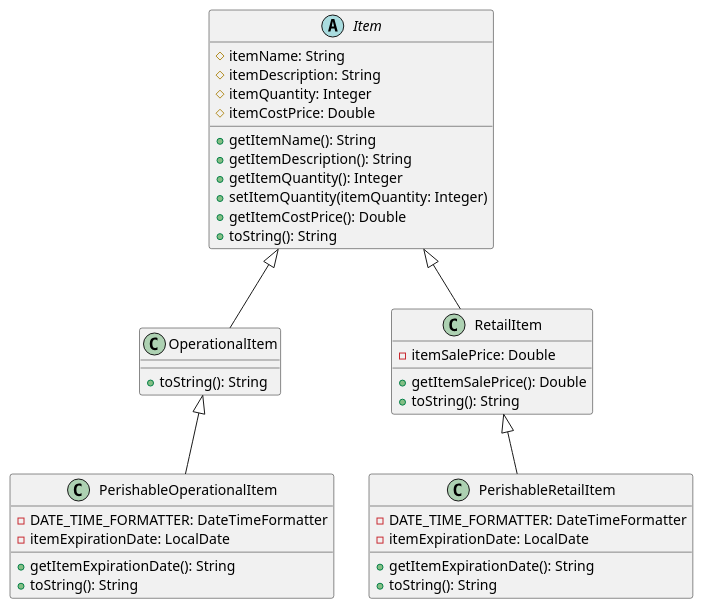
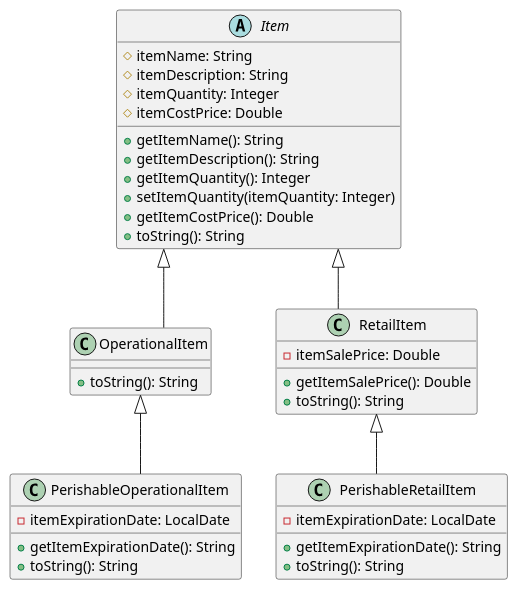
One commit to AY2324S2-CS2113T-T09-2/tp changed the diagram in docs/diagrams/ItemClassDiagram.puml. Above: the diagram before and after it, drawn with PlantUML. The commit also changed 1 other file, not shown here.

Commit message:
Add Item class diagram

```diff
--- a/docs/diagrams/ItemClassDiagram.puml
+++ b/docs/diagrams/ItemClassDiagram.puml
@@ -1,50 +1,50 @@
 @startuml
+
+skinparam linetype ortho
 
 abstract class Item {
     # itemName: String
     # itemDescription: String
     # itemQuantity: Integer
     # itemCostPrice: Double
 
     + getItemName(): String
     + getItemDescription(): String
     + getItemQuantity(): Integer
     + setItemQuantity(itemQuantity: Integer)
     + getItemCostPrice(): Double
     + toString(): String
 }
 
 class OperationalItem {
     + toString(): String
 }
 
 class RetailItem {
     - itemSalePrice: Double
 
     + getItemSalePrice(): Double
     + toString(): String
 }
 
 class PerishableOperationalItem{
-    - DATE_TIME_FORMATTER: DateTimeFormatter
     - itemExpirationDate: LocalDate
 
     + getItemExpirationDate(): String
     + toString(): String
 }
 
 class PerishableRetailItem {
-    - DATE_TIME_FORMATTER: DateTimeFormatter
     - itemExpirationDate: LocalDate
 
     + getItemExpirationDate(): String
     + toString(): String
 }
 
 Item <|-- OperationalItem
 Item <|-- RetailItem
 
 OperationalItem <|-- PerishableOperationalItem
 RetailItem <|-- PerishableRetailItem
 
 @enduml
```
